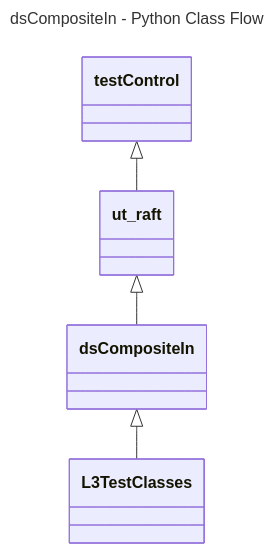
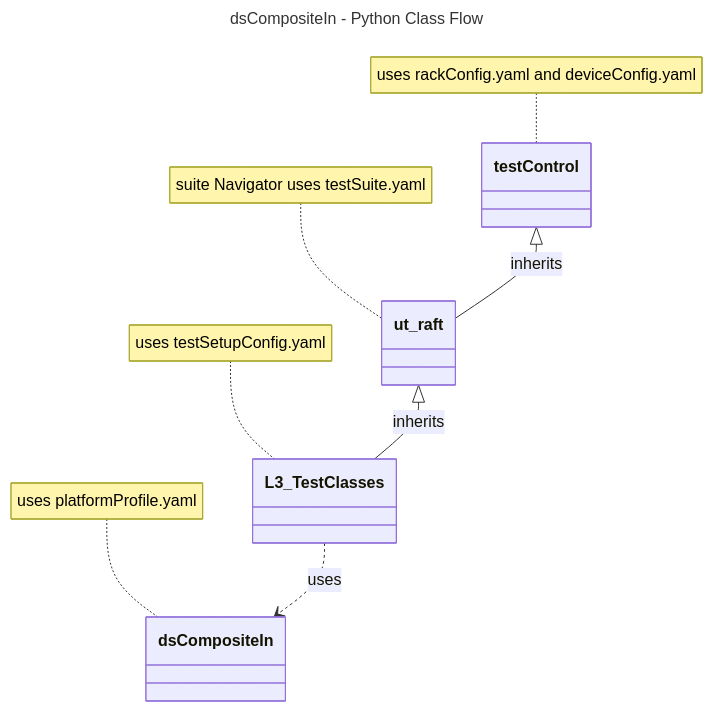
One commit to rdkcentral/rdk-halif-test-device_settings changed the diagram in docs/pages/dsCompositeIn/ds-compositeIn-L3-Low-Level-TestSpec.md. Above: the diagram before and after it, drawn with Mermaid. The commit also changed other lines of this file, not shown here.

Commit message:
gh #173 Update ds-compositeIn-L3-Low-Level-TestSpec.md

````diff
--- a/docs/pages/dsCompositeIn/ds-compositeIn-L3-Low-Level-TestSpec.md
+++ b/docs/pages/dsCompositeIn/ds-compositeIn-L3-Low-Level-TestSpec.md
@@ -47,11 +47,15 @@
 ```mermaid
 ---
 title: dsCompositeIn - Python Class Flow
 ---
 classDiagram
-    testControl <|-- ut_raft
+    testControl <|-- ut_raft : inherits
     class ut_raft{
     }
-    ut_raft <|-- dsCompositeIn
-    dsCompositeIn <|-- L3TestClasses
+    ut_raft <|-- L3_TestClasses : inherits
+    L3_TestClasses ..> dsCompositeIn : uses
+    note for testControl "uses rackConfig.yaml and deviceConfig.yaml"
+    note for dsCompositeIn "uses platformProfile.yaml"
+    note for L3_TestClasses "uses testSetupConfig.yaml"
+    note for ut_raft "suite Navigator uses testSuite.yaml"
 ```
````
